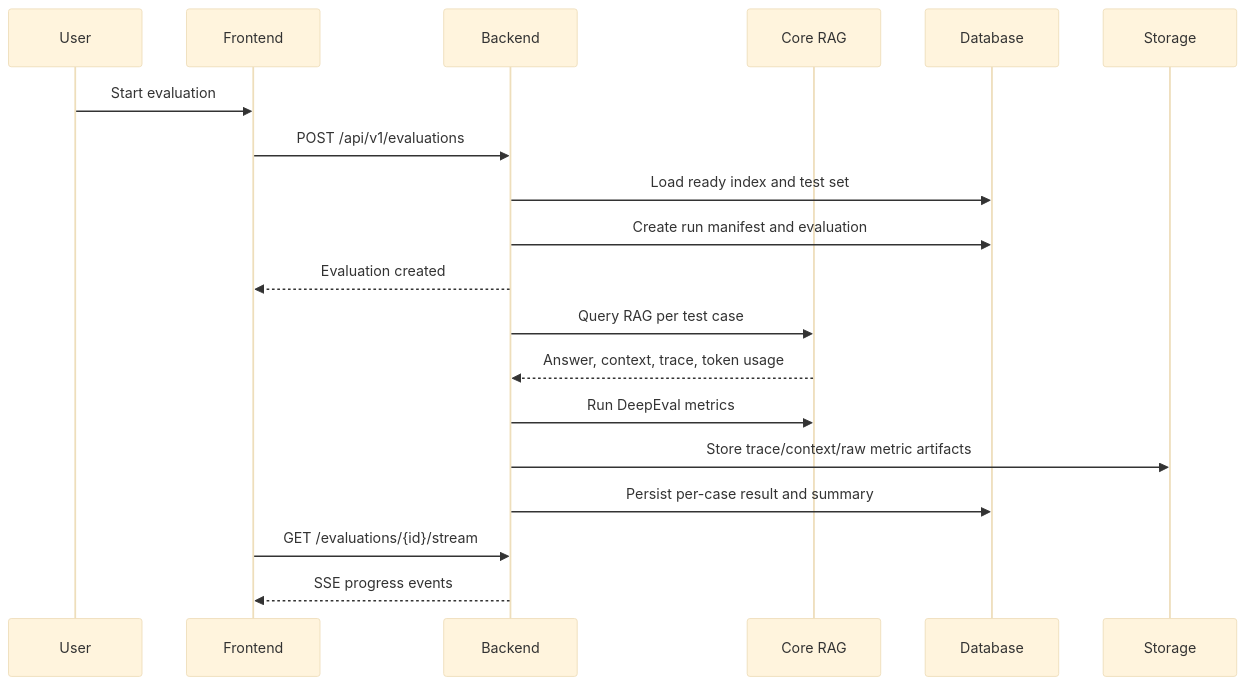
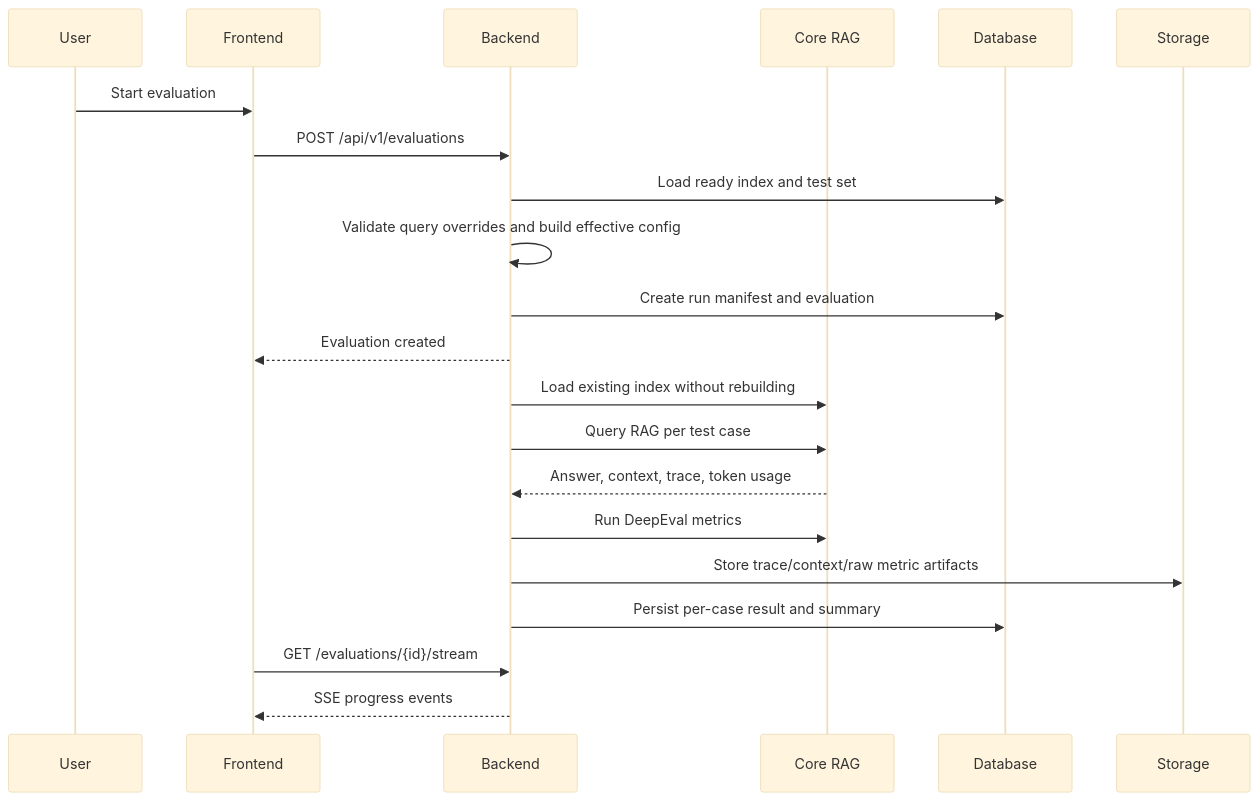
One commit to fabrizioamort/RAG-evaluator changed the second of 3 diagrams in docs/ARCHITECTURE.md. Above: the diagram before and after it, drawn with Mermaid (base theme). The commit also changed other lines of this file and 43 other files, not shown here.

Commit message:
feat: split RAG build and query config

````diff
--- a/docs/ARCHITECTURE.md
+++ b/docs/ARCHITECTURE.md
@@ -167,22 +170,24 @@
 ```mermaid
 sequenceDiagram
     participant U as User
     participant F as Frontend
     participant B as Backend
     participant C as Core RAG
     participant D as Database
     participant S as Storage
 
     U->>F: Start evaluation
     F->>B: POST /api/v1/evaluations
     B->>D: Load ready index and test set
+    B->>B: Validate query overrides and build effective config
     B->>D: Create run manifest and evaluation
     B-->>F: Evaluation created
+    B->>C: Load existing index without rebuilding
     B->>C: Query RAG per test case
     C-->>B: Answer, context, trace, token usage
     B->>C: Run DeepEval metrics
     B->>S: Store trace/context/raw metric artifacts
     B->>D: Persist per-case result and summary
     F->>B: GET /evaluations/{id}/stream
     B-->>F: SSE progress events
 ```
````
